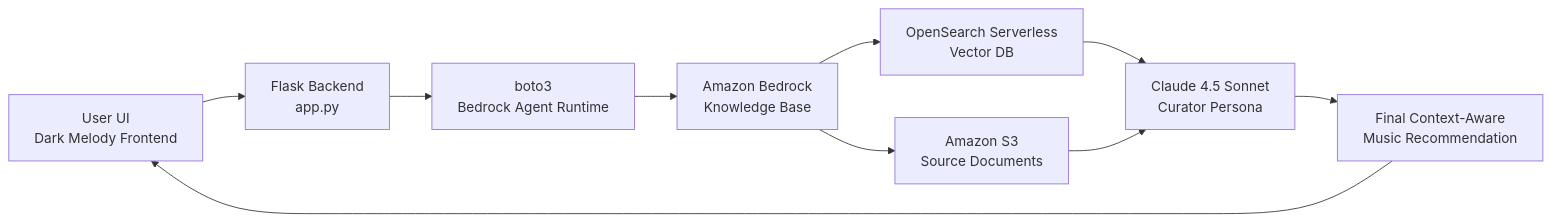
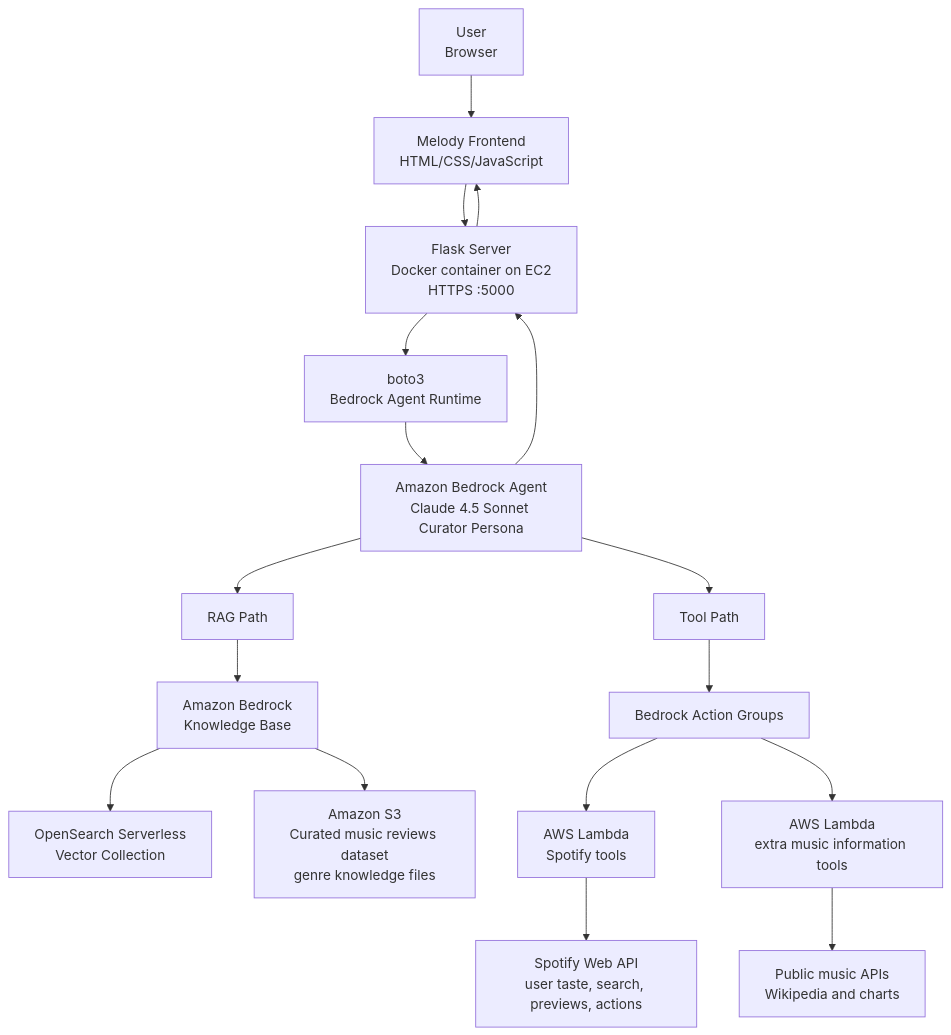
The diagram in README.md (EvianMoses/Melody-ai-music-assistant), drawn with Mermaid before and after one commit. The commit also changed other lines of this file and 390 other files, not shown here.

````diff
--- a/README.md
+++ b/README.md
@@ -122,12 +138,22 @@
 ```mermaid
-flowchart LR
-    UI["User UI<br/>Dark Melody Frontend"] --> Flask["Flask Backend<br/>app.py"]
+flowchart TB
+    User["User<br/>Browser"] --> Frontend["Melody Frontend<br/>HTML/CSS/JavaScript"]
+    Frontend --> Flask["Flask Server<br/>Docker container on EC2<br/>HTTPS :5000"]
     Flask --> Boto3["boto3<br/>Bedrock Agent Runtime"]
-    Boto3 --> KB["Amazon Bedrock<br/>Knowledge Base"]
-    KB --> OSS["OpenSearch Serverless<br/>Vector DB"]
-    KB --> S3["Amazon S3<br/>Source Documents"]
-    OSS --> Claude["Claude 4.5 Sonnet<br/>Curator Persona"]
-    S3 --> Claude
-    Claude --> Response["Final Context-Aware<br/>Music Recommendation"]
-    Response --> UI
+    Boto3 --> Agent["Amazon Bedrock Agent<br/>Claude 4.5 Sonnet Curator Persona"]
+
+    Agent --> RAGPath["RAG Path"]
+    RAGPath --> KB["Amazon Bedrock<br/>Knowledge Base"]
+    KB --> OSS["OpenSearch Serverless<br/>Vector Collection"]
+    KB --> S3["Amazon S3<br/>Curated music reviews dataset<br/>genre knowledge files"]
+
+    Agent --> ToolPath["Tool Path"]
+    ToolPath --> ActionGroups["Bedrock Action Groups"]
+    ActionGroups --> LambdaSpotify["AWS Lambda<br/>Spotify tools"]
+    ActionGroups --> LambdaInfo["AWS Lambda<br/>extra music information tools"]
+    LambdaSpotify --> Spotify["Spotify Web API<br/>user taste, search, previews, actions"]
+    LambdaInfo --> PublicAPIs["Public music APIs<br/>Wikipedia and charts"]
+
+    Agent --> Flask
+    Flask --> Frontend
 ```
````
